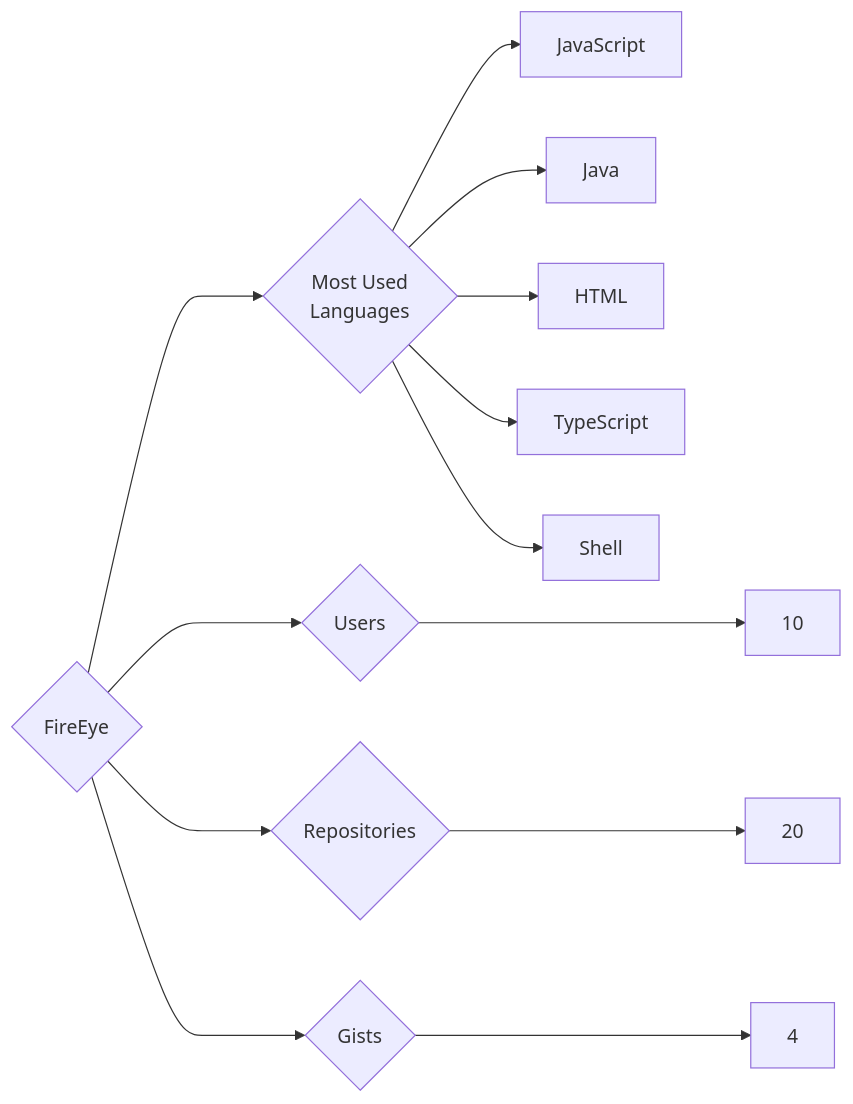
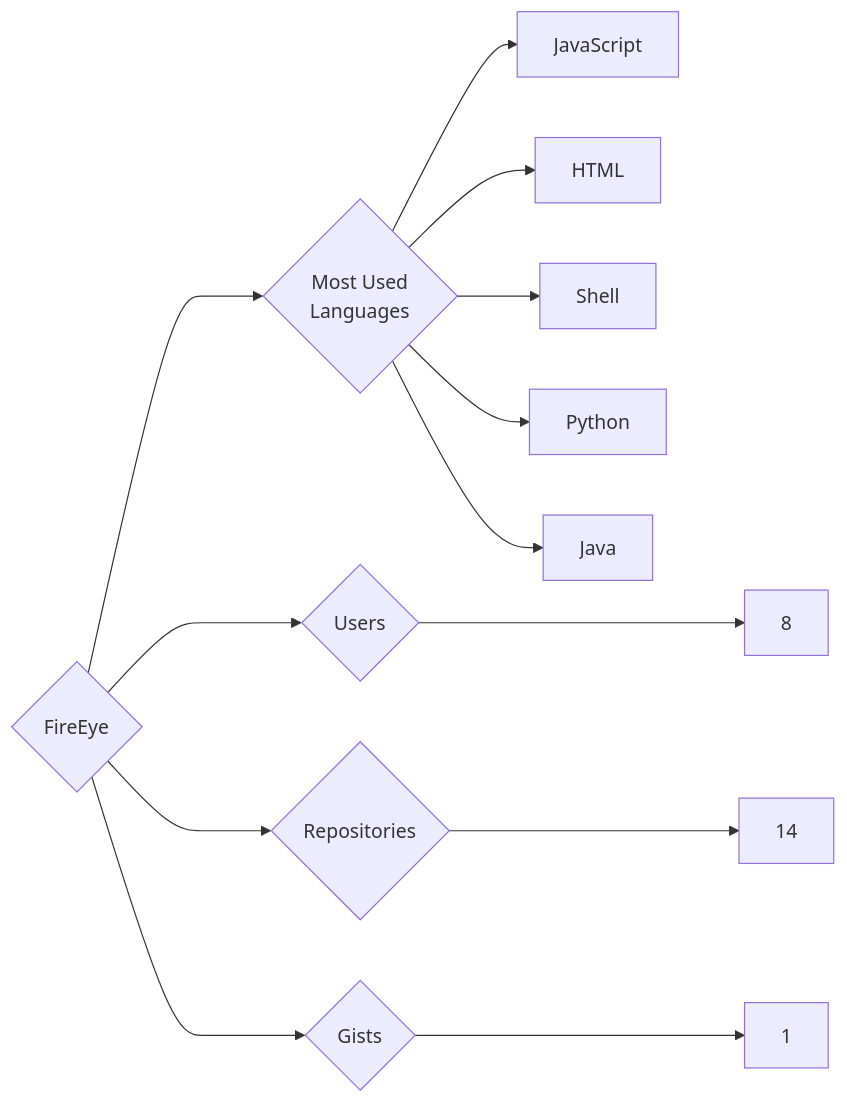
Before and after one commit to trickest/insiders: the diagram in targets/FireEye/README.md, drawn with Mermaid. The commit also changed 1055 other files, not shown here.

````diff
--- a/targets/FireEye/README.md
+++ b/targets/FireEye/README.md
@@ -3,13 +3,13 @@
 ```mermaid
 graph LR
 COMPANY_NAME{FireEye}
-COMPANY_NAME ---> U{Users} ---> UN[10]
-COMPANY_NAME ---> R{Repositories} ---> RN[20]
-COMPANY_NAME ---> G{Gists} ---> GN[4]
+COMPANY_NAME ---> U{Users} ---> UN[8]
+COMPANY_NAME ---> R{Repositories} ---> RN[14]
+COMPANY_NAME ---> G{Gists} ---> GN[1]
 COMPANY_NAME ---> ML{Most Used<br>Languages}
 ML --> JavaScript[JavaScript]
+ML --> HTML[HTML]
+ML --> Shell[Shell]
+ML --> Python[Python]
 ML --> Java[Java]
-ML --> HTML[HTML]
-ML --> TypeScript[TypeScript]
-ML --> Shell[Shell]
 ```
````
